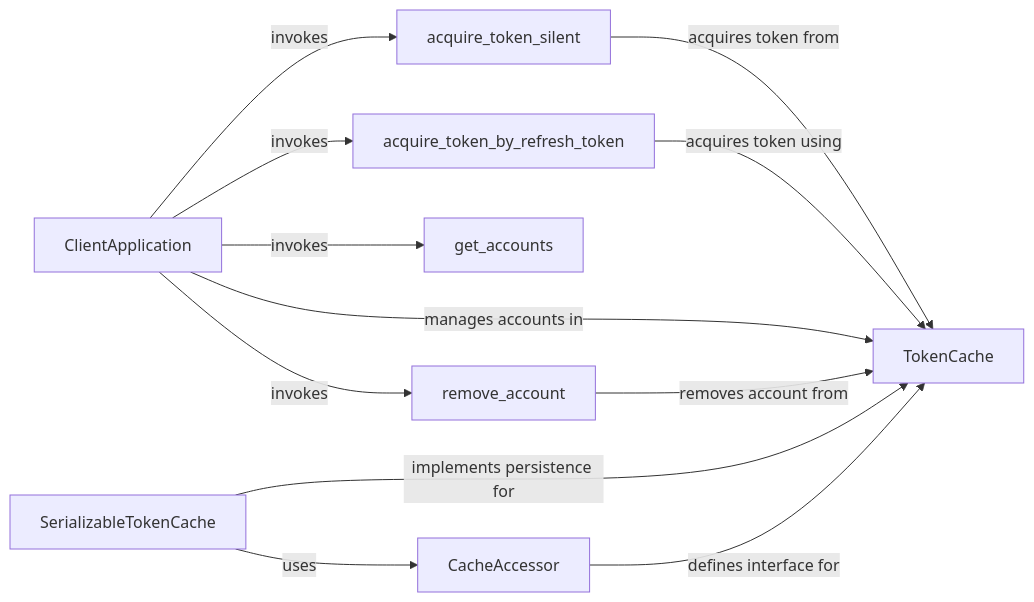
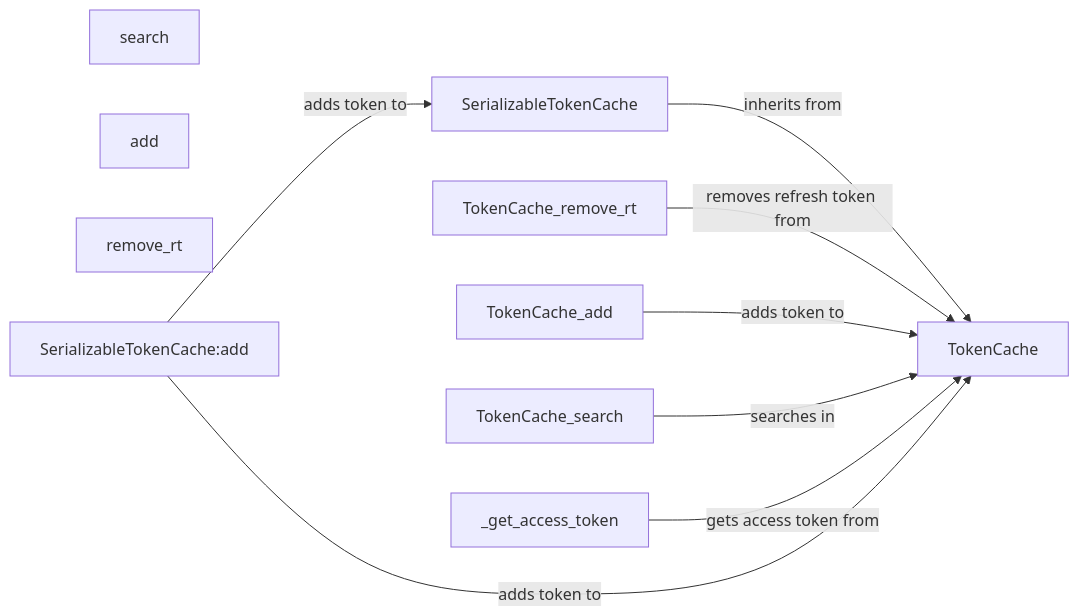
The diagram in microsoft-authentication-library-for-python/Token Management System.md (CodeBoarding/GeneratedOnBoardings), drawn with Mermaid before and after one commit. The commit also changed other lines of this file and 14 other files, not shown here.

````diff
--- a/microsoft-authentication-library-for-python/Token Management System.md
+++ b/microsoft-authentication-library-for-python/Token Management System.md
@@ -1,22 +1,17 @@
 ```mermaid
 graph LR
-    ClientApplication["ClientApplication"]
     TokenCache["TokenCache"]
-    acquire_token_silent["acquire_token_silent"]
-    acquire_token_by_refresh_token["acquire_token_by_refresh_token"]
-    get_accounts["get_accounts"]
-    remove_account["remove_account"]
-    CacheAccessor["CacheAccessor"]
+    _get_access_token["_get_access_token"]
+    search["search"]
+    add["add"]
+    remove_rt["remove_rt"]
     SerializableTokenCache["SerializableTokenCache"]
-    acquire_token_silent -- "acquires token from" --> TokenCache
-    acquire_token_by_refresh_token -- "acquires token using" --> TokenCache
-    ClientApplication -- "manages accounts in" --> TokenCache
-    remove_account -- "removes account from" --> TokenCache
-    ClientApplication -- "invokes" --> acquire_token_silent
-    ClientApplication -- "invokes" --> acquire_token_by_refresh_token
-    ClientApplication -- "invokes" --> get_accounts
-    ClientApplication -- "invokes" --> remove_account
-    SerializableTokenCache -- "implements persistence for" --> TokenCache
-    SerializableTokenCache -- "uses" --> CacheAccessor
-    CacheAccessor -- "defines interface for" --> TokenCache
+    SerializableTokenCache_add["SerializableTokenCache:add"]
+    SerializableTokenCache -- "inherits from" --> TokenCache
+    SerializableTokenCache_add -- "adds token to" --> SerializableTokenCache
+    TokenCache_remove_rt -- "removes refresh token from" --> TokenCache
+    TokenCache_add -- "adds token to" --> TokenCache
+    TokenCache_search -- "searches in" --> TokenCache
+    _get_access_token -- "gets access token from" --> TokenCache
+    SerializableTokenCache_add -- "adds token to" --> TokenCache
 ```
````
